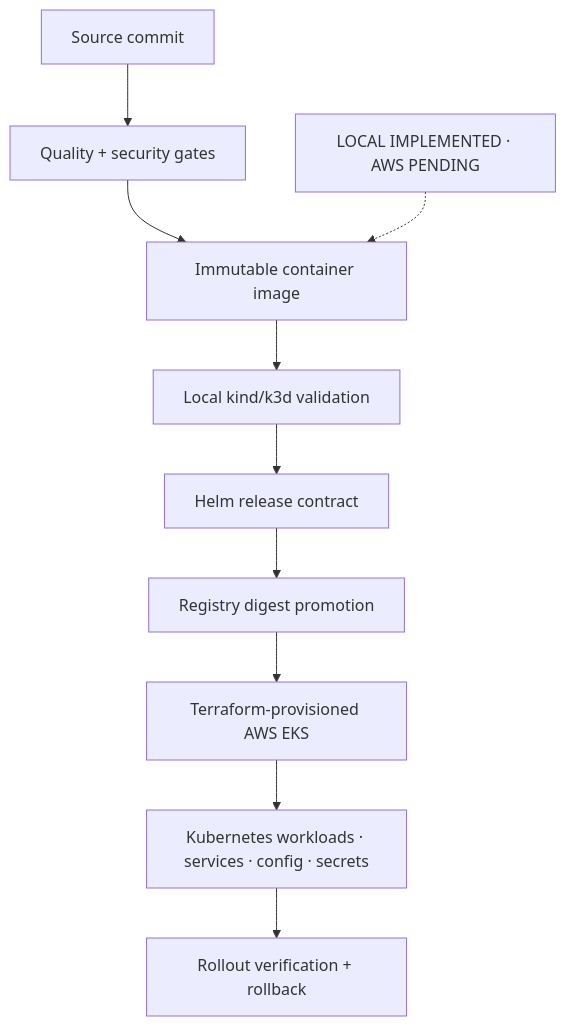
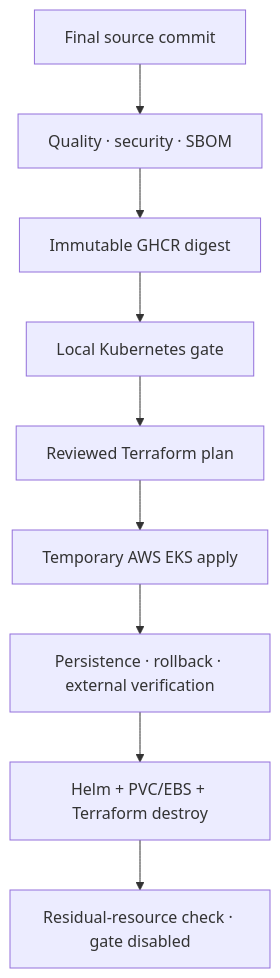
One commit to Parmodk2310/Advanced-Distributed-System changed the diagram in docs/architecture/phase7-production-delivery.md. Above: the diagram before and after it, drawn with Mermaid. The commit also changed other lines of this file and 15 other files, not shown here.

First line of the commit message:
docs(phase7): publish final verification evidence (#11)

````diff
--- a/docs/architecture/phase7-production-delivery.md
+++ b/docs/architecture/phase7-production-delivery.md
@@ -11,9 +15,11 @@
 ```mermaid
 flowchart TB
-  S["LOCAL IMPLEMENTED · AWS PENDING"]
-  C["Source commit"] --> G["Quality + security gates"] --> I["Immutable container image"]
-  I --> L["Local kind/k3d validation"] --> H["Helm release contract"]
-  H --> R["Registry digest promotion"] --> T["Terraform-provisioned AWS EKS"]
-  T --> K["Kubernetes workloads · services · config · secrets"] --> V["Rollout verification + rollback"]
-  S -.-> I
+  C["Final source commit"] --> G["Quality · security · SBOM"]
+  G --> I["Immutable GHCR digest"]
+  I --> L["Local Kubernetes gate"]
+  L --> P["Reviewed Terraform plan"]
+  P --> A["Temporary AWS EKS apply"]
+  A --> V["Persistence · rollback · external verification"]
+  V --> D["Helm + PVC/EBS + Terraform destroy"]
+  D --> Z["Residual-resource check · gate disabled"]
 ```
````
